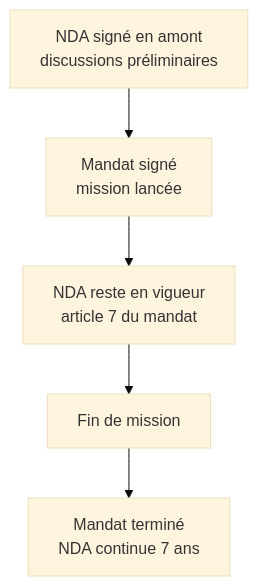
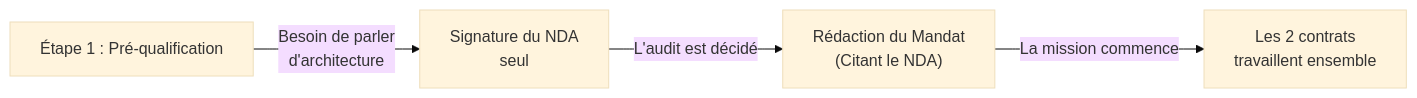
The diagram in docs/cursus-forensic/01-cycle-0-fondations/module-1-legislation/15-modele-nda.md (zyrass/omnydocs), drawn with Mermaid (base theme) before and after one commit. The commit also changed other lines of this file and 171 other files, not shown here.

````diff
--- a/docs/cursus-forensic/01-cycle-0-fondations/module-1-legislation/15-modele-nda.md
+++ b/docs/cursus-forensic/01-cycle-0-fondations/module-1-legislation/15-modele-nda.md
@@ -400,7 +177,6 @@
 ```mermaid
-flowchart TB
-    A[NDA signé en amont<br>discussions préliminaires] --> B[Mandat signé<br>mission lancée]
-    B --> C[NDA reste en vigueur<br>article 7 du mandat]
-    C --> D[Fin de mission]
-    D --> E[Mandat terminé<br>NDA continue 7 ans]
+flowchart LR
+    A["Étape 1 : Pré-qualification"] -->|"Besoin de parler<br>d'architecture"| B["Signature du NDA<br>seul"]
+    B -->|"L'audit est décidé"| C["Rédaction du Mandat<br>(Citant le NDA)"]
+    C -->|"La mission commence"| D["Les 2 contrats<br>travaillent ensemble"]
 ```
````
